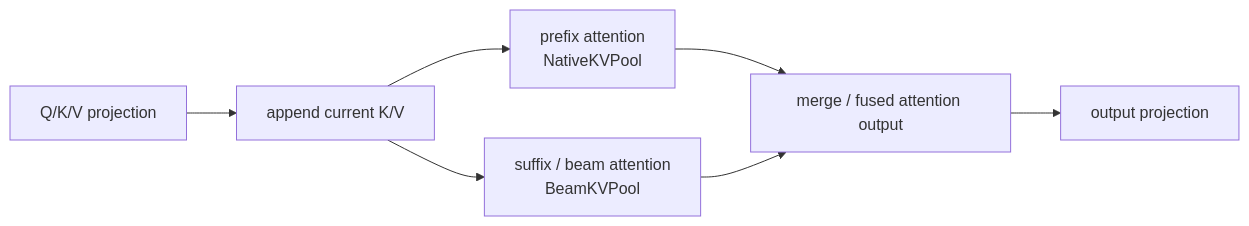
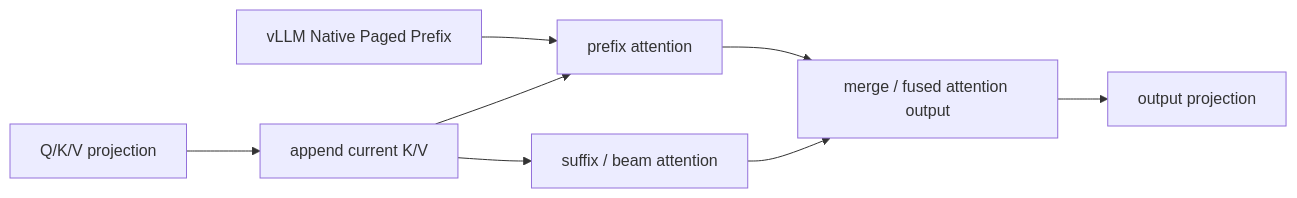
One commit to zhanghanleo10/gr-related changed the eighth of 13 diagrams in GR/beam_incremental_decode_unified_architecture_design.md. Above: the diagram before and after it, drawn with Mermaid. The commit also changed other lines of this file, not shown here.

Commit message:
docs: make Beam incremental decode architecture vLLM-first

````diff
--- a/GR/beam_incremental_decode_unified_architecture_design.md
+++ b/GR/beam_incremental_decode_unified_architecture_design.md
@@ -903,9 +569,10 @@
 ```mermaid
 flowchart LR
     QKV["Q/K/V projection"] --> APP["append current K/V"]
-    APP --> PREF["prefix attention<br/>NativeKVPool"]
-    APP --> SUF["suffix / beam attention<br/>BeamKVPool"]
+    NKV["vLLM Native Paged Prefix"] --> PREF["prefix attention"]
+    APP --> SUF["suffix / beam attention"]
+    APP --> PREF
     PREF --> MERGE["merge / fused attention output"]
     SUF --> MERGE
     MERGE --> O["output projection"]
 ```
````
